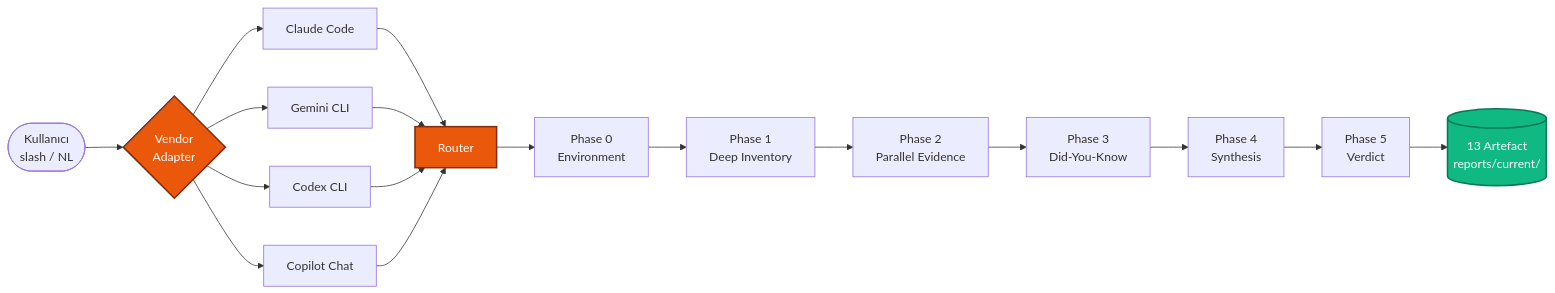
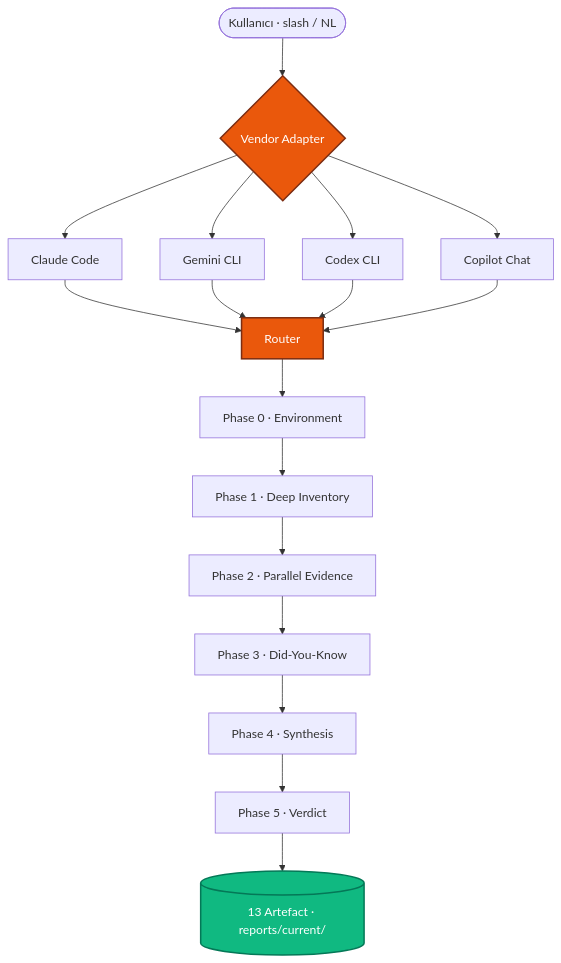
One commit to osrt91/ulak-os changed the diagram in README.md. Above: the diagram before and after it, drawn with Mermaid. The commit also changed other lines of this file and 1 other file, not shown here.

Commit message:
docs(readme): arch diagram LR → TD + fix import-chain counts (#18)
**Diagram layout**
- flowchart LR → TD (top-down). The 6-phase + 4-vendor fan-in made the LR version ~1400px wide, forcing horizontal scroll on the README column (~980px on GitHub). TD stacks phases vertically so it fits without arrows.
- Node labels simplified: "<br>" line breaks → "·" separators. Slightly denser but same info.

**Import chain count fix** — the previous line was wrong:
- Was: "33 runtime rule + 22 governance + 3 vendor adapter"
- Now: "24 runtime rule + 17 governance + 4 vendor adapter"

Verified against disk:
- prompts/core/ulak-os-core-contract-2.0.0.md imports: 17 Runtime rules + 7 Operational motors = 24 docs/runtime/* files
- Same file imports: 17 docs/governance/* files
- docs/adapters/ contains 4 vendor-specific adapters (claude-code + gemini-cli + codex-cli + copilot-chat); universal-runtime-contract is a separate contract doc, not a vendor adapter

Mirror applied to README.en.md.

````diff
--- a/README.md
+++ b/README.md
@@ -96,22 +96,18 @@
 ```mermaid
-flowchart LR
-    U([Kullanıcı<br>slash / NL]) --> V{Vendor<br>Adapter}
-    V --> CC[Claude Code]
-    V --> GM[Gemini CLI]
-    V --> CX[Codex CLI]
-    V --> CP[Copilot Chat]
-
+flowchart TD
+    U([Kullanıcı · slash / NL]) --> V{Vendor Adapter}
+    V --> CC[Claude Code] & GM[Gemini CLI] & CX[Codex CLI] & CP[Copilot Chat]
     CC & GM & CX & CP --> R[Router]
-    R --> P0[Phase 0<br>Environment]
-    P0 --> P1[Phase 1<br>Deep Inventory]
-    P1 --> P2[Phase 2<br>Parallel Evidence]
-    P2 --> P3[Phase 3<br>Did-You-Know]
-    P3 --> P4[Phase 4<br>Synthesis]
-    P4 --> P5[Phase 5<br>Verdict]
-    P5 --> A[(13 Artefact<br>reports/current/)]
+    R --> P0[Phase 0 · Environment]
+    P0 --> P1[Phase 1 · Deep Inventory]
+    P1 --> P2[Phase 2 · Parallel Evidence]
+    P2 --> P3[Phase 3 · Did-You-Know]
+    P3 --> P4[Phase 4 · Synthesis]
+    P4 --> P5[Phase 5 · Verdict]
+    P5 --> A[(13 Artefact · reports/current/)]
 
     classDef primary fill:#ea580c,stroke:#7c2d12,color:#fff,stroke-width:2px
     classDef accent fill:#10b981,stroke:#047857,color:#fff,stroke-width:2px
     class V,R primary
     class A accent
 ```
````
